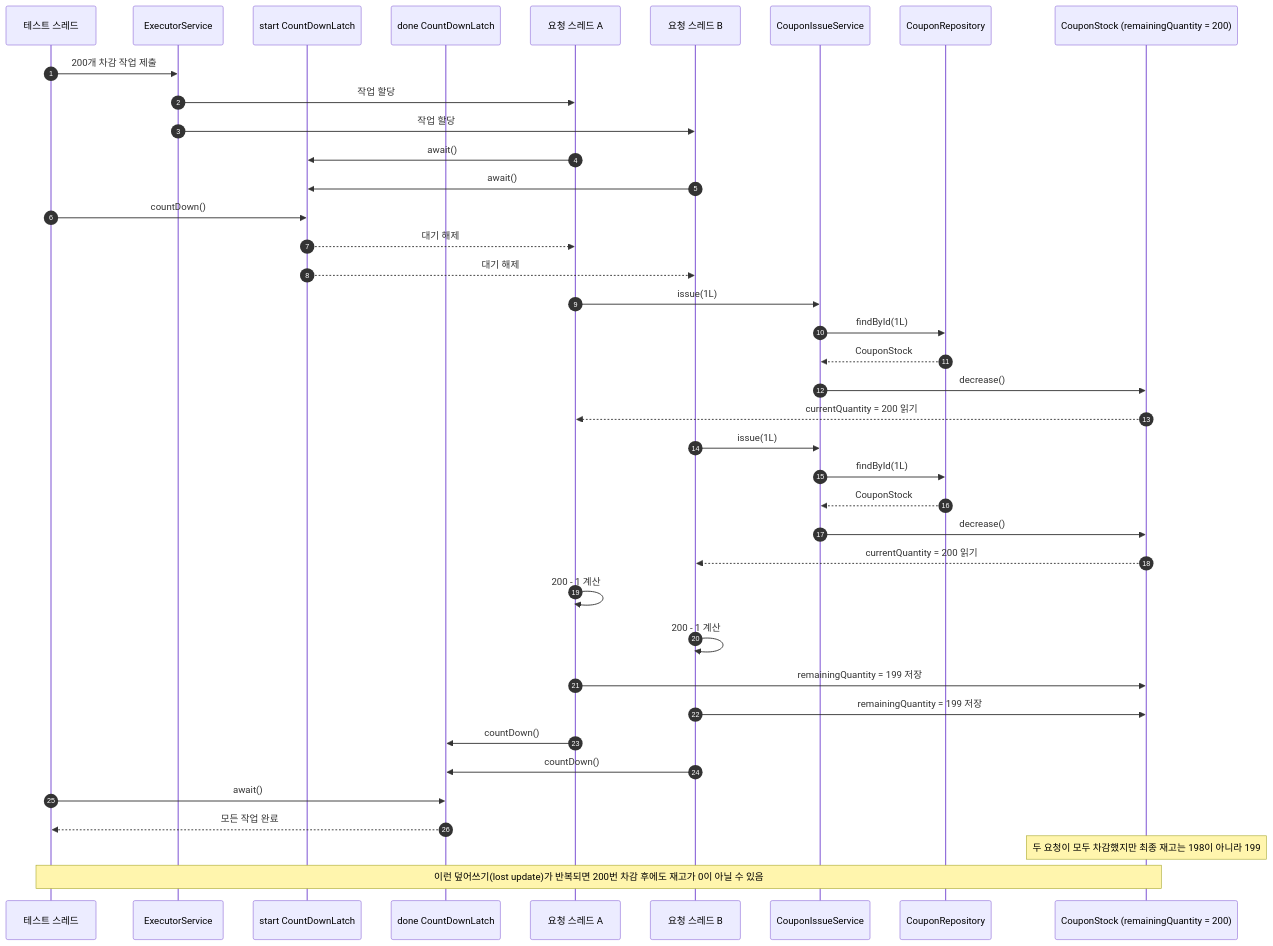
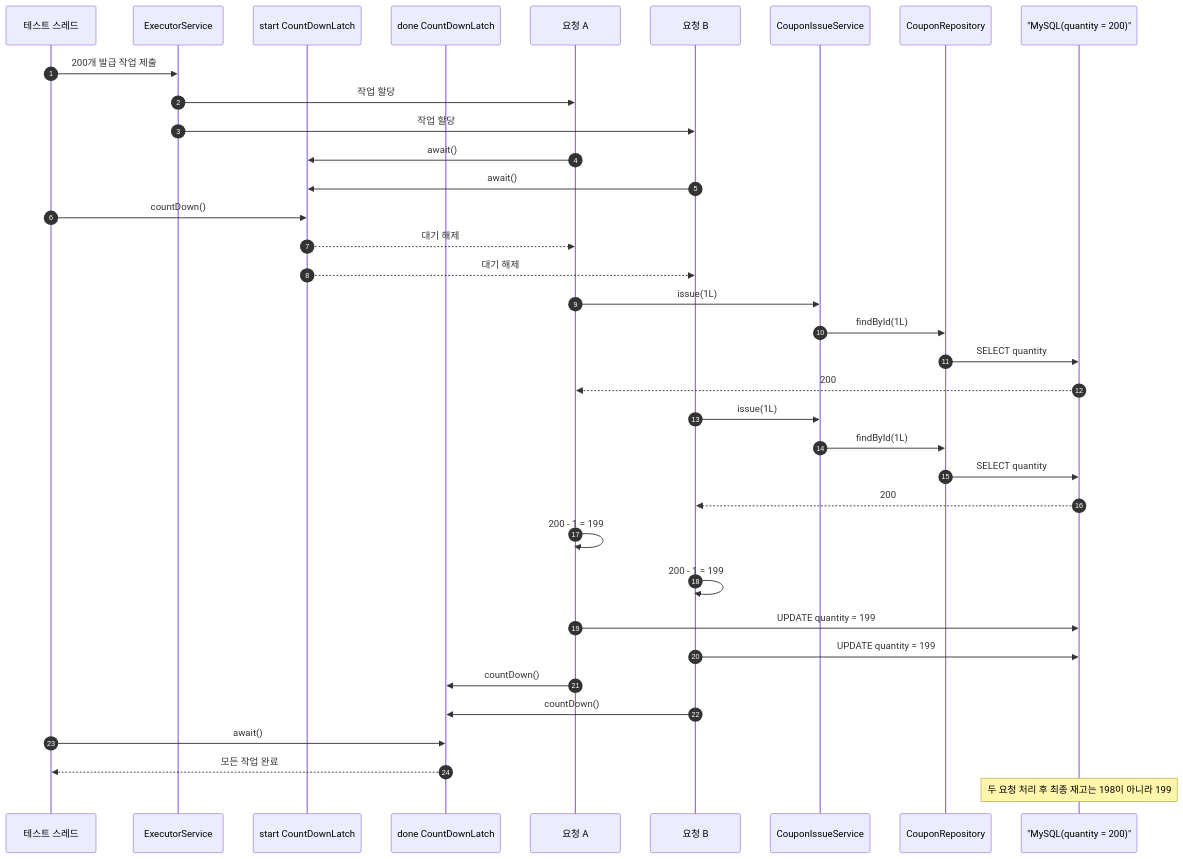
The first of 3 diagrams in labs/coupon-issue/README.md (HJC96/deep-dive), drawn with Mermaid before and after one commit. The commit also changed other lines of this file, not shown here.

````diff
--- a/labs/coupon-issue/README.md
+++ b/labs/coupon-issue/README.md
@@ -25,49 +55,46 @@
 ```mermaid
 sequenceDiagram
     autonumber
     participant Test as 테스트 스레드
     participant Executor as ExecutorService
     participant StartLatch as start CountDownLatch
     participant DoneLatch as done CountDownLatch
-    participant ThreadA as 요청 스레드 A
-    participant ThreadB as 요청 스레드 B
+    participant A as 요청 A
+    participant B as 요청 B
     participant Service as CouponIssueService
     participant Repository as CouponRepository
-    participant Stock as CouponStock (remainingQuantity = 200)
+    participant DB as "MySQL(quantity = 200)"
 
-    Test->>Executor: 200개 차감 작업 제출
-    Executor->>ThreadA: 작업 할당
-    Executor->>ThreadB: 작업 할당
-    ThreadA->>StartLatch: await()
-    ThreadB->>StartLatch: await()
+    Test->>Executor: 200개 발급 작업 제출
+    Executor->>A: 작업 할당
+    Executor->>B: 작업 할당
+    A->>StartLatch: await()
+    B->>StartLatch: await()
 
     Test->>StartLatch: countDown()
-    StartLatch-->>ThreadA: 대기 해제
-    StartLatch-->>ThreadB: 대기 해제
+    StartLatch-->>A: 대기 해제
+    StartLatch-->>B: 대기 해제
 
-    ThreadA->>Service: issue(1L)
+    A->>Service: issue(1L)
     Service->>Repository: findById(1L)
-    Repository-->>Service: CouponStock
-    Service->>Stock: decrease()
-    Stock-->>ThreadA: currentQuantity = 200 읽기
+    Repository->>DB: SELECT quantity
+    DB-->>A: 200
 
-    ThreadB->>Service: issue(1L)
+    B->>Service: issue(1L)
     Service->>Repository: findById(1L)
-    Repository-->>Service: CouponStock
-    Service->>Stock: decrease()
-    Stock-->>ThreadB: currentQuantity = 200 읽기
+    Repository->>DB: SELECT quantity
+    DB-->>B: 200
 
-    ThreadA->>ThreadA: 200 - 1 계산
-    ThreadB->>ThreadB: 200 - 1 계산
+    A->>A: 200 - 1 = 199
+    B->>B: 200 - 1 = 199
 
-    ThreadA->>Stock: remainingQuantity = 199 저장
-    ThreadB->>Stock: remainingQuantity = 199 저장
+    A->>DB: UPDATE quantity = 199
+    B->>DB: UPDATE quantity = 199
 
-    ThreadA->>DoneLatch: countDown()
-    ThreadB->>DoneLatch: countDown()
+    A->>DoneLatch: countDown()
+    B->>DoneLatch: countDown()
     Test->>DoneLatch: await()
     DoneLatch-->>Test: 모든 작업 완료
 
-    Note over Stock: 두 요청이 모두 차감했지만 최종 재고는 198이 아니라 199
-    Note over Test,Stock: 이런 덮어쓰기(lost update)가 반복되면 200번 차감 후에도 재고가 0이 아닐 수 있음
+    Note over DB: 두 요청 처리 후 최종 재고는 198이 아니라 199
 ```
````
